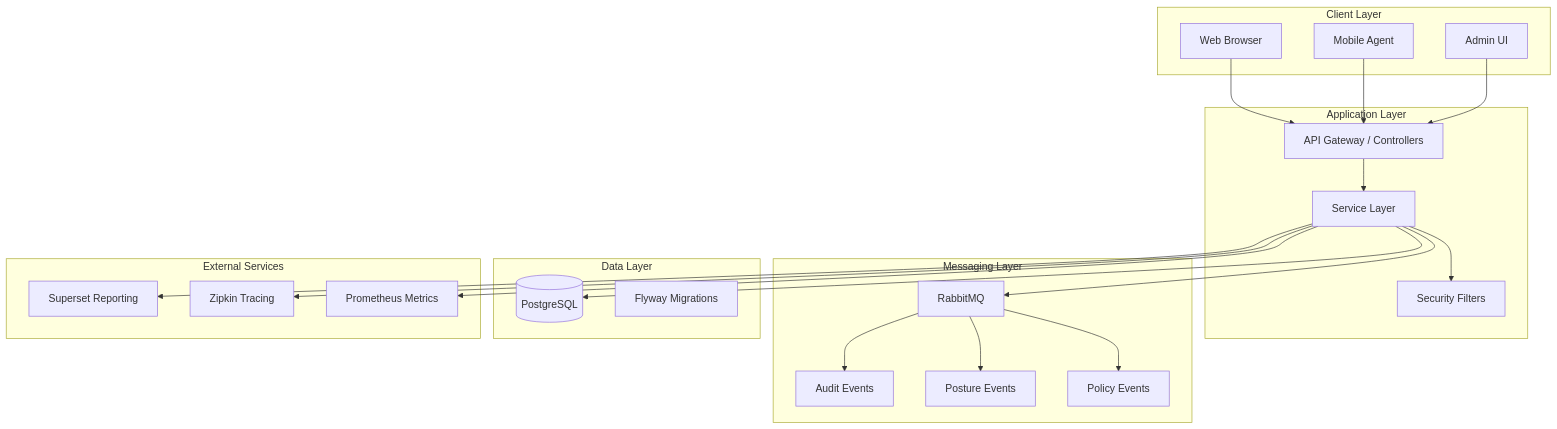
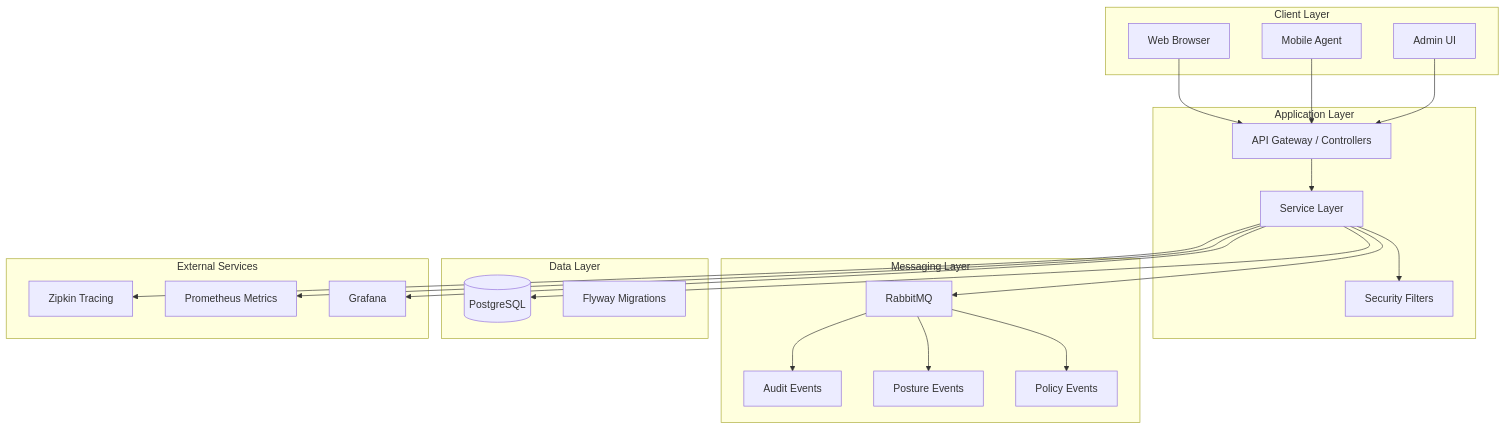
One commit to krishanuacharya-24online/24ONLINEMDM changed the first of 4 diagrams in README.md. Above: the diagram before and after it, drawn with Mermaid. The commit also changed other lines of this file and 160 other files, not shown here.

````diff
--- a/README.md
+++ b/README.md
@@ -56,46 +69,46 @@
 ```mermaid
 graph TB
     subgraph "Client Layer"
         A[Web Browser]
         B[Mobile Agent]
         C[Admin UI]
     end
     
     subgraph "Application Layer"
         D[API Gateway / Controllers]
         E[Service Layer]
         F[Security Filters]
     end
     
     subgraph "Messaging Layer"
         G[RabbitMQ]
         H[Audit Events]
         I[Posture Events]
         J[Policy Events]
     end
     
     subgraph "Data Layer"
         K[(PostgreSQL)]
         L[Flyway Migrations]
     end
     
     subgraph "External Services"
-        M[Superset Reporting]
-        N[Zipkin Tracing]
-        O[Prometheus Metrics]
+        M[Zipkin Tracing]
+        N[Prometheus Metrics]
+        O[Grafana]
     end
     
     A --> D
     B --> D
     C --> D
     D --> E
     E --> F
     E --> G
     E --> K
     G --> H
     G --> I
     G --> J
     E --> M
     E --> N
     E --> O
 ```
````
